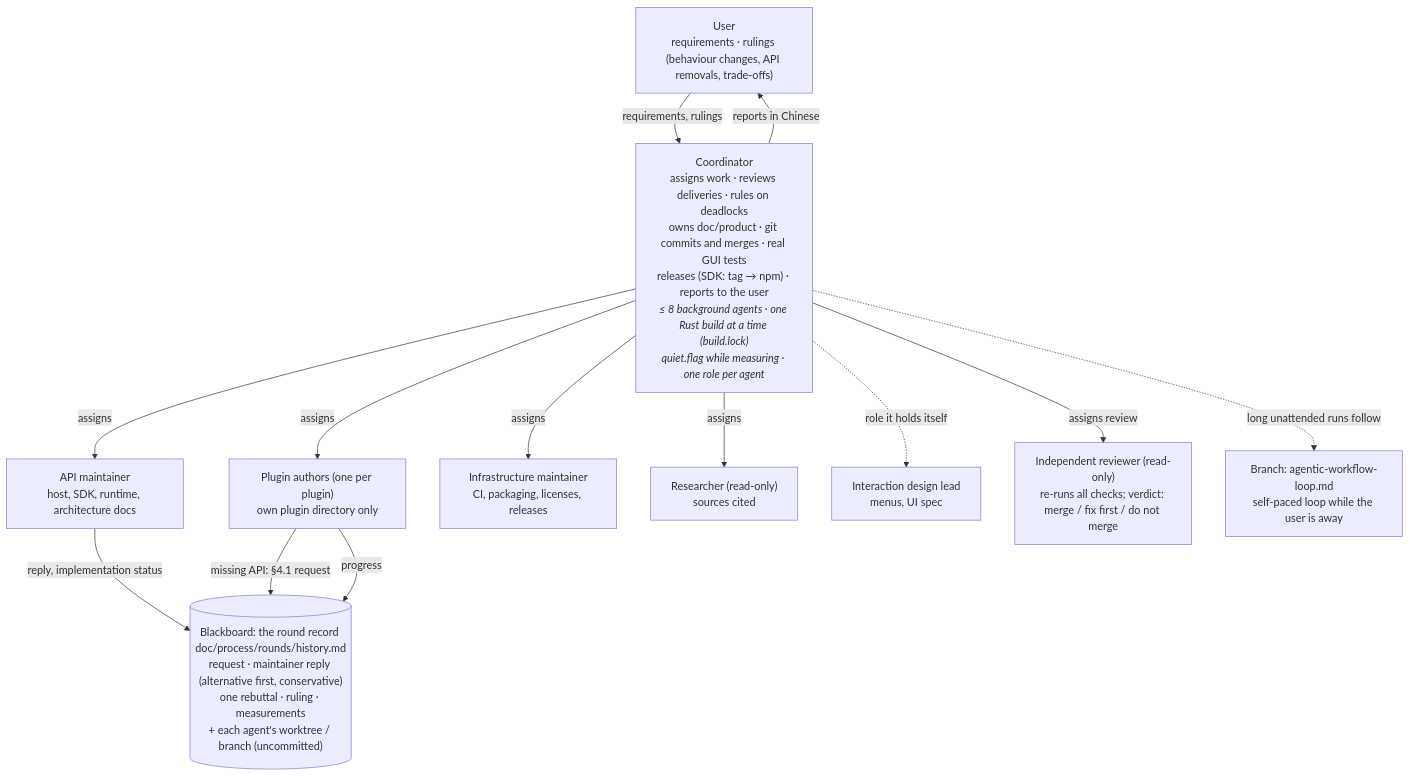
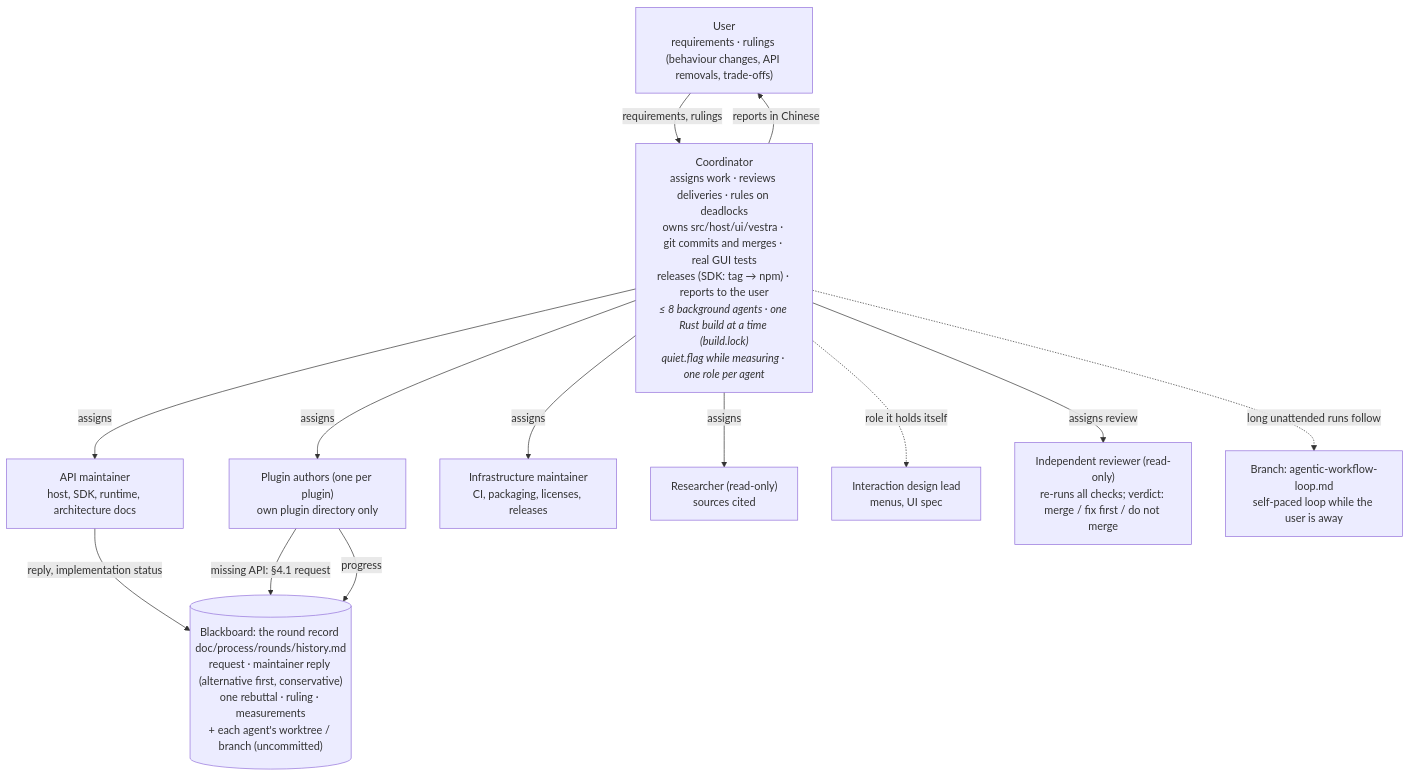
Before and after one commit to vestrasys/vestra-player: the first of 3 diagrams in agentic-workflow/agentic-workflow.md, drawn with Mermaid. The commit also changed other lines of this file and 289 other files, not shown here.

First line of the commit message:
Docs cleanup before open-sourcing: doc/ keeps architecture.md, release notes (latest), ci.md, macos-signing.md and the history

````diff
--- a/agentic-workflow/agentic-workflow.md
+++ b/agentic-workflow/agentic-workflow.md
@@ -22,28 +22,28 @@
 ```mermaid
 flowchart TB
     U["User<br/>requirements · rulings (behaviour changes, API removals, trade-offs)"]
-    C["Coordinator<br/>assigns work · reviews deliveries · rules on deadlocks<br/>owns doc/product · git commits and merges · real GUI tests<br/>releases (SDK: tag → npm) · reports to the user<br/><i>≤ 8 background agents · one Rust build at a time (build.lock)<br/>quiet.flag while measuring · one role per agent</i>"]
+    C["Coordinator<br/>assigns work · reviews deliveries · rules on deadlocks<br/>owns src/host/ui/vestra · git commits and merges · real GUI tests<br/>releases (SDK: tag → npm) · reports to the user<br/><i>≤ 8 background agents · one Rust build at a time (build.lock)<br/>quiet.flag while measuring · one role per agent</i>"]
     U -- "requirements, rulings" --> C
     C -- "reports in Chinese" --> U
 
     API["API maintainer<br/>host, SDK, runtime, architecture docs"]
     PA["Plugin authors (one per plugin)<br/>own plugin directory only"]
     INF["Infrastructure maintainer<br/>CI, packaging, licenses, releases"]
     RES["Researcher (read-only)<br/>sources cited"]
     IXD["Interaction design lead<br/>menus, UI spec"]
     REV["Independent reviewer (read-only)<br/>re-runs all checks; verdict: merge / fix first / do not merge"]
 
     C -- assigns --> API
     C -- assigns --> PA
     C -- assigns --> INF
     C -- assigns --> RES
     C -. "role it holds itself" .-> IXD
     C -- "assigns review" --> REV
     LOOP["Branch: agentic-workflow-loop.md<br/>self-paced loop while the user is away"]
     C -. "long unattended runs follow" .-> LOOP
 
     BB[("Blackboard: the round record doc/process/rounds/history.md<br/>request · maintainer reply (alternative first, conservative)<br/>one rebuttal · ruling · measurements<br/>+ each agent's worktree / branch (uncommitted)")]
     PA -- "missing API: §4.1 request" --> BB
     API -- "reply, implementation status" --> BB
     PA -- "progress" --> BB
 ```
````
